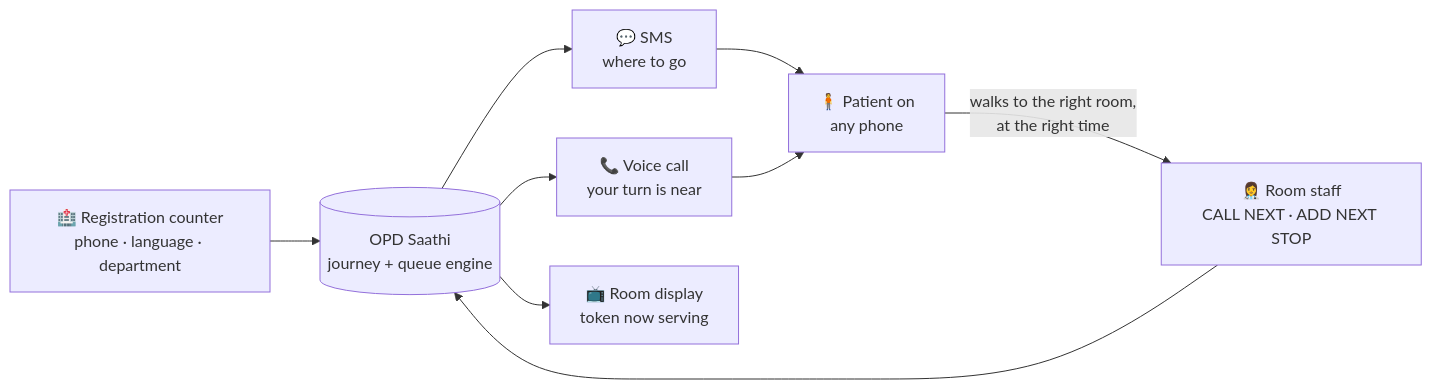
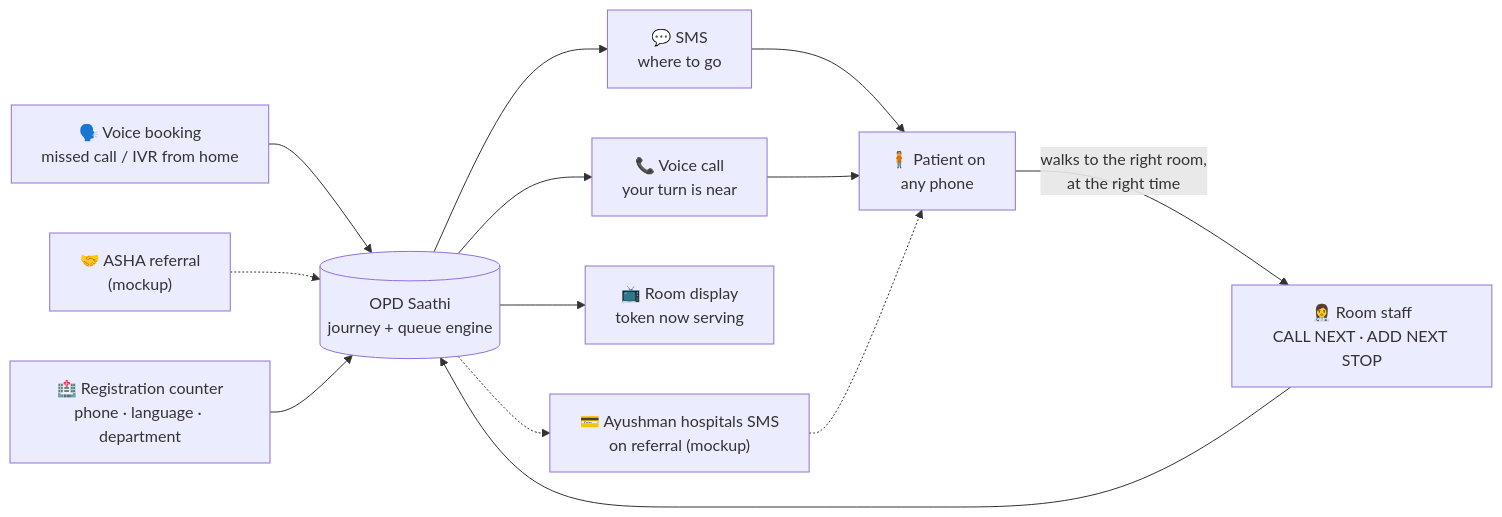
One commit to abhishekgoswami0720/opd-saathi changed the first of 2 diagrams in README.md. Above: the diagram before and after it, drawn with Mermaid. The commit also changed other lines of this file and 1 other file, not shown here.

Commit message:
Add team modules: voice booking, queue management, ASHA referral, Ayushman hospitals

````diff
--- a/README.md
+++ b/README.md
@@ -104,11 +118,15 @@
 ```mermaid
 flowchart LR
+    V["🗣️ Voice booking<br/>missed call / IVR from home"] --> B
+    H["🤝 ASHA referral<br/>(mockup)"] -.-> B
     A["🏥 Registration counter<br/>phone · language · department"] --> B[("OPD Saathi<br/>journey + queue engine")]
     S["👩‍⚕️ Room staff<br/>CALL NEXT · ADD NEXT STOP"] --> B
     B --> C["💬 SMS<br/>where to go"]
     B --> D["📞 Voice call<br/>your turn is near"]
     B --> E["📺 Room display<br/>token now serving"]
     C --> P["🧍 Patient on<br/>any phone"]
     D --> P
+    B -.-> Y["💳 Ayushman hospitals SMS<br/>on referral (mockup)"]
+    Y -.-> P
     P -->|walks to the right room,<br/>at the right time| S
 ```
````
